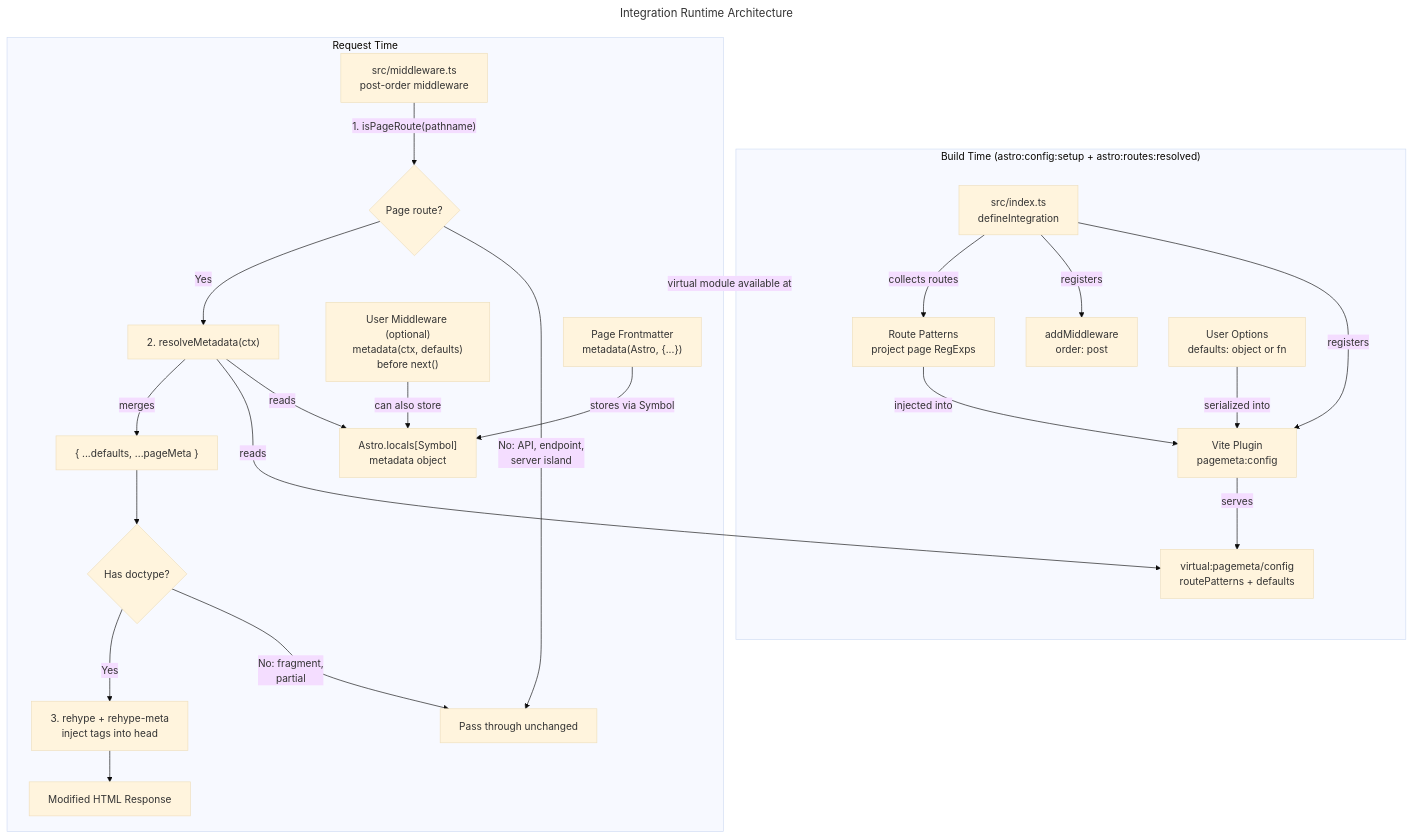
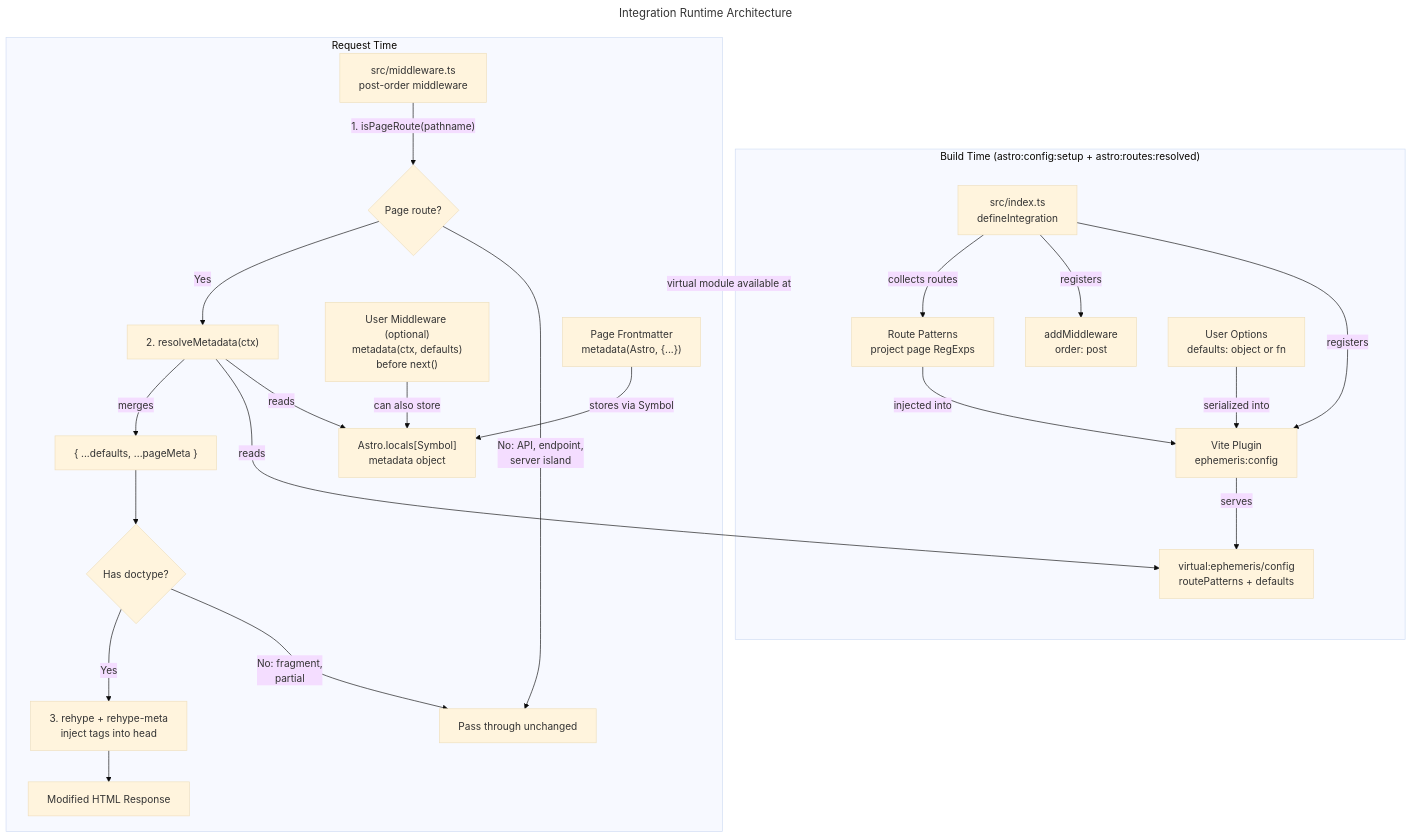
Before and after one commit to zemccartney/astro-pagemeta: the diagram in docs/integration-runtime-architecture.mermaid, drawn with Mermaid (base theme). The commit also changed 9 other files, not shown here.

```diff
--- a/docs/integration-runtime-architecture.mermaid
+++ b/docs/integration-runtime-architecture.mermaid
@@ -1,37 +1,37 @@
 ---
 title: Integration Runtime Architecture
 ---
 flowchart TD
     subgraph BuildTime["Build Time (astro:config:setup + astro:routes:resolved)"]
         INT[src/index.ts<br/>defineIntegration]
-        INT -->|registers| VP[Vite Plugin<br/>pagemeta:config]
+        INT -->|registers| VP[Vite Plugin<br/>ephemeris:config]
         INT -->|registers| MW_REG[addMiddleware<br/>order: post]
         INT -->|collects routes| RP[Route Patterns<br/>project page RegExps]
         RP -->|injected into| VP
         OPTS[User Options<br/>defaults: object or fn] -->|serialized into| VP
-        VP -->|serves| VMOD["virtual:pagemeta/config<br/>routePatterns + defaults"]
+        VP -->|serves| VMOD["virtual:ephemeris/config<br/>routePatterns + defaults"]
     end
 
     subgraph RequestTime["Request Time"]
         PAGE["Page Frontmatter<br/>metadata(Astro, {...})"]
         PAGE -->|stores via Symbol| LOCALS["Astro.locals[Symbol]<br/>metadata object"]
 
         USER_MW["User Middleware (optional)<br/>metadata(ctx, defaults)<br/>before next()"]
         USER_MW -->|can also store| LOCALS
 
         MW["src/middleware.ts<br/>post-order middleware"]
         MW -->|"1. isPageRoute(pathname)"| ROUTE_CHECK{Page route?}
         ROUTE_CHECK -->|No: API, endpoint,<br/>server island| PASS[Pass through unchanged]
         ROUTE_CHECK -->|Yes| RESOLVE["2. resolveMetadata(ctx)"]
 
         RESOLVE -->|reads| LOCALS
         RESOLVE -->|reads| VMOD
         RESOLVE -->|merges| MERGED["{ ...defaults, ...pageMeta }"]
 
         MERGED --> DOC_CHECK{Has doctype?}
         DOC_CHECK -->|No: fragment,<br/>partial| PASS
         DOC_CHECK -->|Yes| REHYPE["3. rehype + rehype-meta<br/>inject tags into head"]
         REHYPE --> RESPONSE["Modified HTML Response"]
     end
 
     BuildTime -.->|virtual module available at| RequestTime
```
